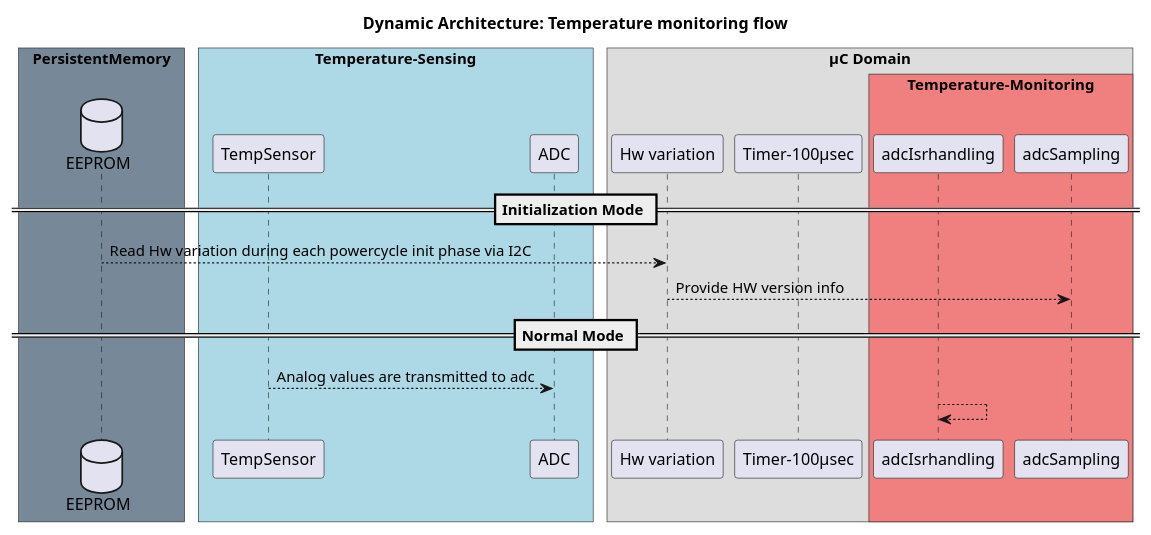
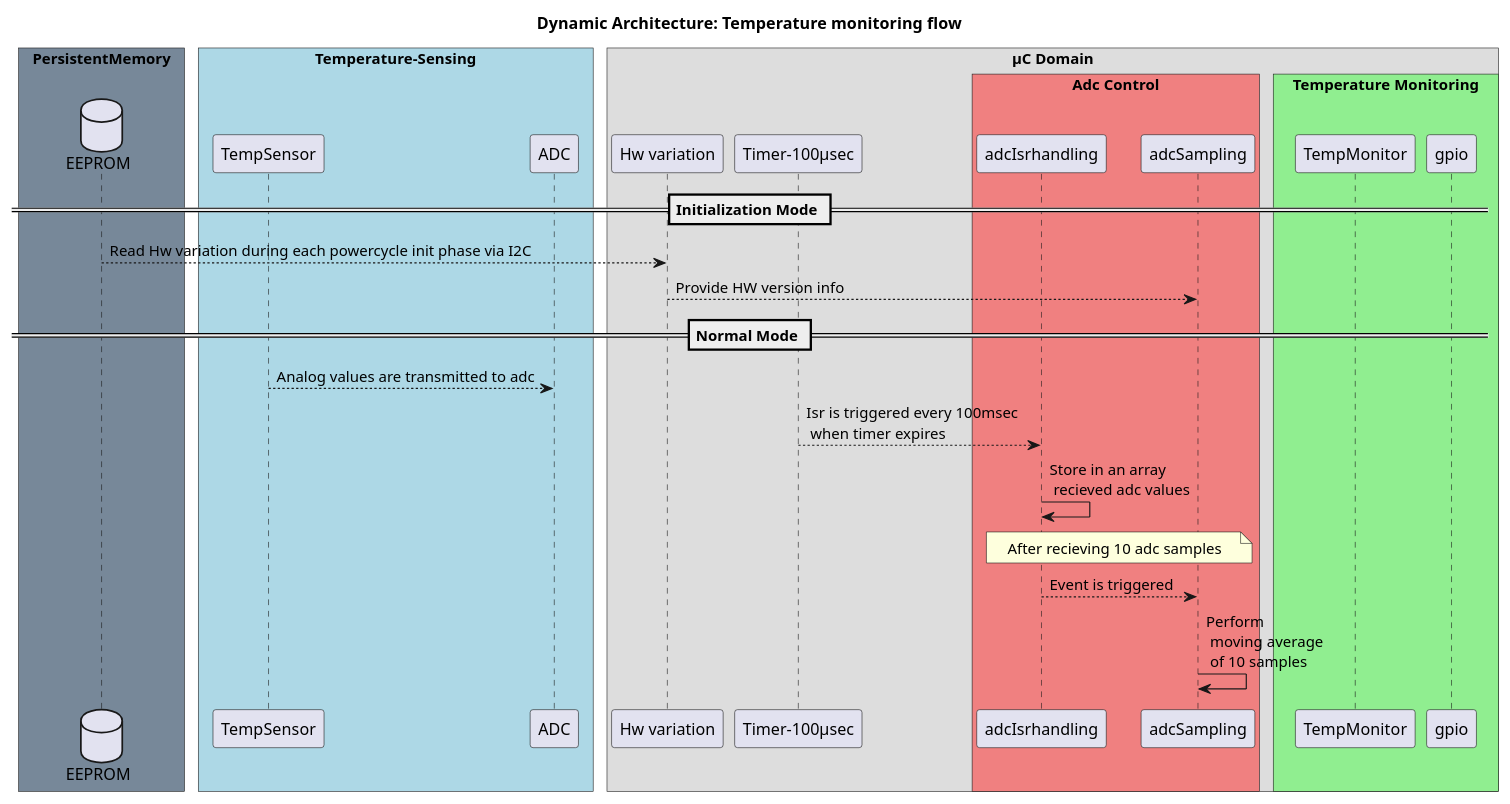
One commit to pru8889/TempMonitoring_Project changed the diagram in arch/Dynamicarch.puml. Above: the diagram before and after it, drawn with PlantUML. The commit also changed 1 other file, not shown here.

```diff
--- a/arch/Dynamicarch.puml
+++ b/arch/Dynamicarch.puml
@@ -1,30 +1,43 @@
 @startuml name Dynamic
 title Dynamic Architecture: Temperature monitoring flow
 
 box "PersistentMemory" #LightSlateGray
     database "EEPROM" as ee
 end box
 
 box "Temperature-Sensing" #LightBlue
 participant "TempSensor" as Ts 
 participant "ADC" as adc
 end box
 
 !pragma teoz true
 box "µC Domain"
-participant "Hw variation" as hw
-participant "Timer-100µsec" as int
-box "Temperature-Monitoring" #LightCoral
-participant "adcIsrhandling" as Isr
-participant "adcSampling" as sample
-end box
+    participant "Hw variation" as hw
+    participant "Timer-100µsec" as int
+    box "Adc Control" #LightCoral
+        participant "adcIsrhandling" as Isr
+        participant "adcSampling" as sample
+    end box  
+
+
+    box "Temperature Monitoring" #LightGreen
+        participant "TempMonitor" as tm
+        participant "gpio" as gp
+    end box
+end box    
+
 
 
 == Initialization Mode ==
 ee --> hw: Read Hw variation during each powercycle init phase via I2C
 hw --> sample: Provide HW version info
 == Normal Mode ==
 Ts --> adc: Analog values are transmitted to adc
-Isr --> Isr: 
-
+int --> Isr: Isr is triggered every 100msec \n when timer expires 
+Isr -> Isr: Store in an array \n recieved adc values
+note over Isr, sample
+After recieving 10 adc samples
+end note
+Isr --> sample: Event is triggered
+sample -> sample: Perform \n moving average \n of 10 samples 
 @enduml
```
